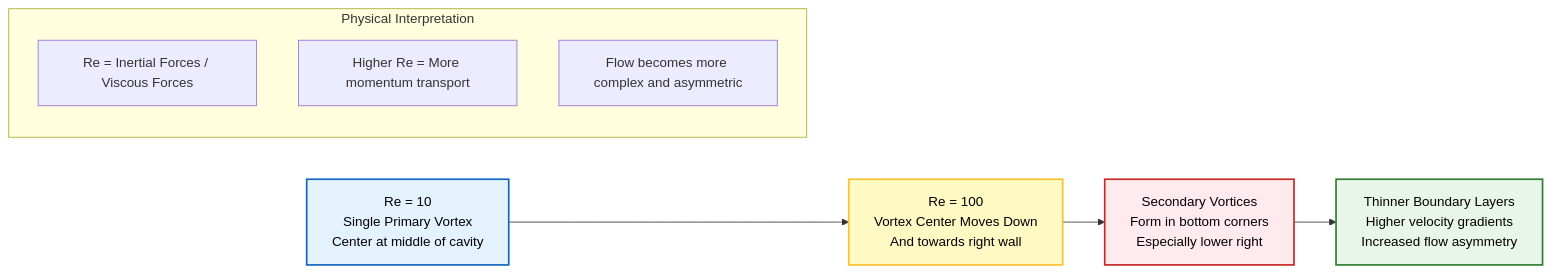
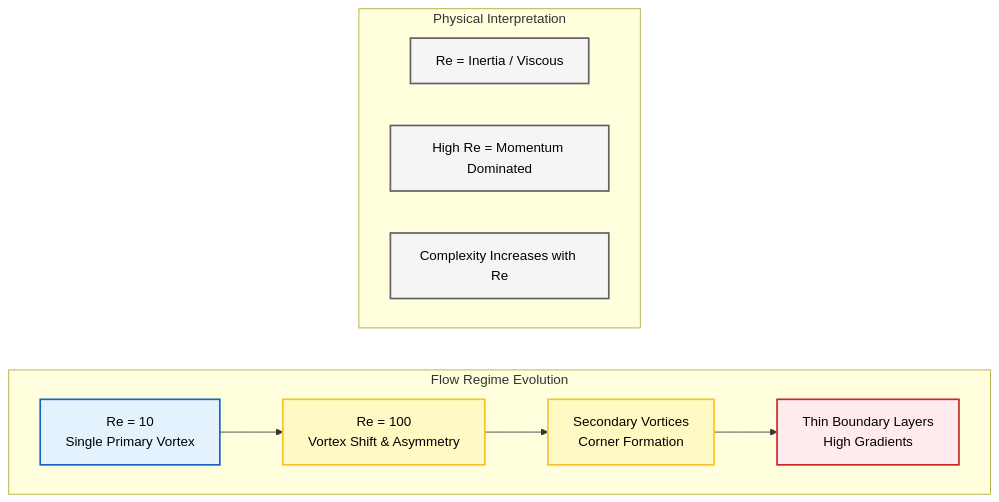
One commit to wramet/build-my-cfd changed the first of 2 diagrams in MODULE_01_CFD_FUNDAMENTALS/CONTENT/04_FIRST_SIMULATION/06_Exercises.md. Above: the diagram before and after it, drawn with Mermaid. The commit also changed other lines of this file and 313 other files, not shown here.

Commit message:
Revise all diagram

````diff
--- a/MODULE_01_CFD_FUNDAMENTALS/CONTENT/04_FIRST_SIMULATION/06_Exercises.md
+++ b/MODULE_01_CFD_FUNDAMENTALS/CONTENT/04_FIRST_SIMULATION/06_Exercises.md
@@ -90,17 +90,21 @@
 ```mermaid
-graph LR
-    A["Re = 10<br/>Single Primary Vortex<br/>Center at middle of cavity"] --> B["Re = 100<br/>Vortex Center Moves Down<br/>And towards right wall"]
-    B --> C["Secondary Vortices<br/>Form in bottom corners<br/>Especially lower right"]
-    C --> D["Thinner Boundary Layers<br/>Higher velocity gradients<br/>Increased flow asymmetry"]
+flowchart LR
+    subgraph FlowRegimes["Flow Regime Evolution"]
+        direction LR
+        A["Re = 10<br/>Single Primary Vortex"]:::implicit --> B["Re = 100<br/>Vortex Shift & Asymmetry"]:::explicit
+        B --> C["Secondary Vortices<br/>Corner Formation"]:::explicit
+        C --> D["Thin Boundary Layers<br/>High Gradients"]:::volatile
+    end
 
-    style A fill:#e3f2fd,stroke:#1565c0,stroke-width:2px,color:#000
-    style B fill:#fff9c4,stroke:#fbc02d,stroke-width:2px,color:#000
-    style C fill:#ffebee,stroke:#c62828,stroke-width:2px,color:#000
-    style D fill:#e8f5e9,stroke:#2e7d32,stroke-width:2px,color:#000
+    subgraph Physics["Physical Interpretation"]
+        direction LR
+        E["Re = Inertia / Viscous"]:::context
+        F["High Re = Momentum Dominated"]:::context
+        G["Complexity Increases with Re"]:::context
+    end
 
-    subgraph "Physical Interpretation"
-        E["Re = Inertial Forces / Viscous Forces"]
-        F["Higher Re = More momentum transport"]
-        G["Flow becomes more complex and asymmetric"]
-    end
+classDef context fill:#f5f5f5,stroke:#616161,stroke-width:2px,color:#000;
+classDef implicit fill:#e3f2fd,stroke:#1565c0,stroke-width:2px,color:#000;
+classDef explicit fill:#fff9c4,stroke:#fbc02d,stroke-width:2px,color:#000;
+classDef volatile fill:#ffebee,stroke:#c62828,stroke-width:2px,color:#000;
 ```
````
